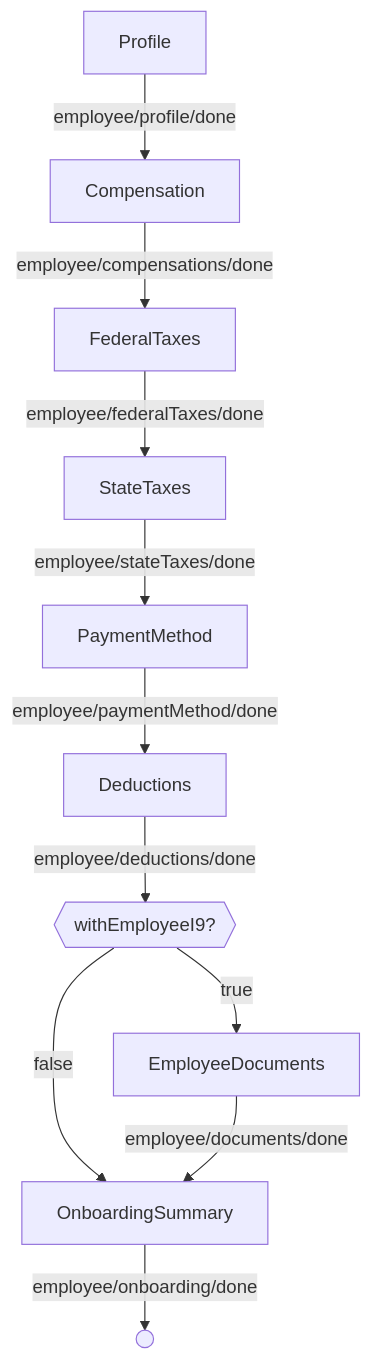
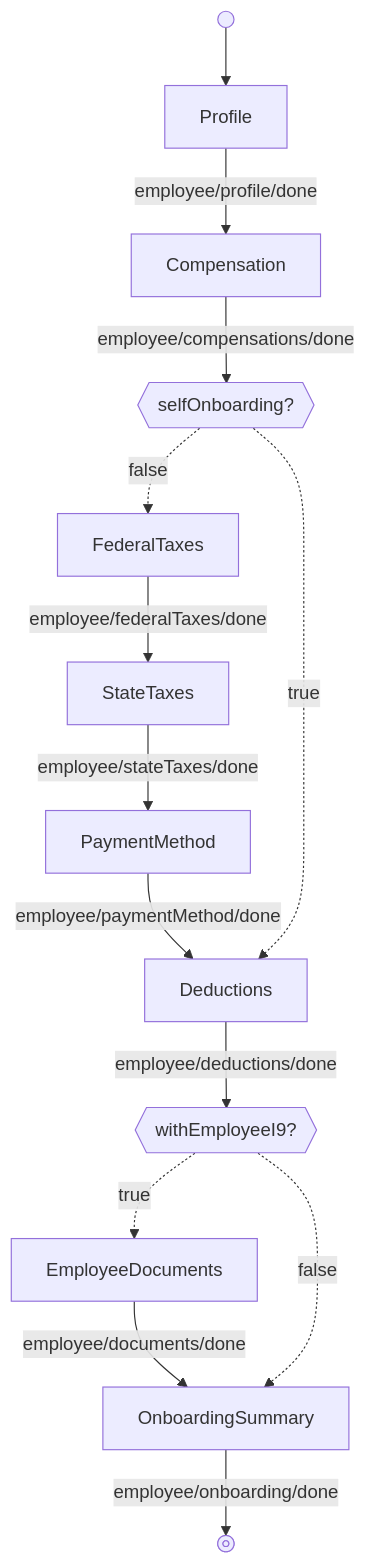
The diagram in docs/reference/employee/onboarding/onboarding-execution-flow.md (Gusto/embedded-react-sdk), drawn with Mermaid before and after one commit. The commit also changed other lines of this file and 3 other files, not shown here.

First line of the commit message:
docs(employee): merge onboarding-execution diagram, fix flow remarks

````diff
--- a/docs/reference/employee/onboarding/onboarding-execution-flow.md
+++ b/docs/reference/employee/onboarding/onboarding-execution-flow.md
@@ -80,13 +83,19 @@
 ```mermaid
 flowchart
+  start@{ shape: sm-circ } --> Profile
   Profile -->|"employee/profile/done"| Compensation
-  Compensation -->|"employee/compensations/done"| FederalTaxes
+  Compensation -->|"employee/compensations/done"| selfOnboarding{{"selfOnboarding?"}}
+  selfOnboarding -.->|false| FederalTaxes
   FederalTaxes -->|"employee/federalTaxes/done"| StateTaxes
   StateTaxes -->|"employee/stateTaxes/done"| PaymentMethod
   PaymentMethod -->|"employee/paymentMethod/done"| Deductions
-  Deductions -->|"employee/deductions/done"| i9{{"withEmployeeI9?"}}
-  i9 -->|true| EmployeeDocuments
-  i9 -->|false| OnboardingSummary
+  selfOnboarding -.->|true| Deductions
+  Deductions -->|"employee/deductions/done"| withEmployeeI9{{"withEmployeeI9?"}}
+  withEmployeeI9 -.->|true| EmployeeDocuments
   EmployeeDocuments -->|"employee/documents/done"| OnboardingSummary
-  OnboardingSummary -->|"employee/onboarding/done"| done(( ))
+  withEmployeeI9 -.->|false| OnboardingSummary
+  OnboardingSummary -->|"employee/onboarding/done"| done@{ shape: fr-circ, label: " " }
+
+  class selfOnboarding branch
+  class withEmployeeI9 branch
 ```
````
